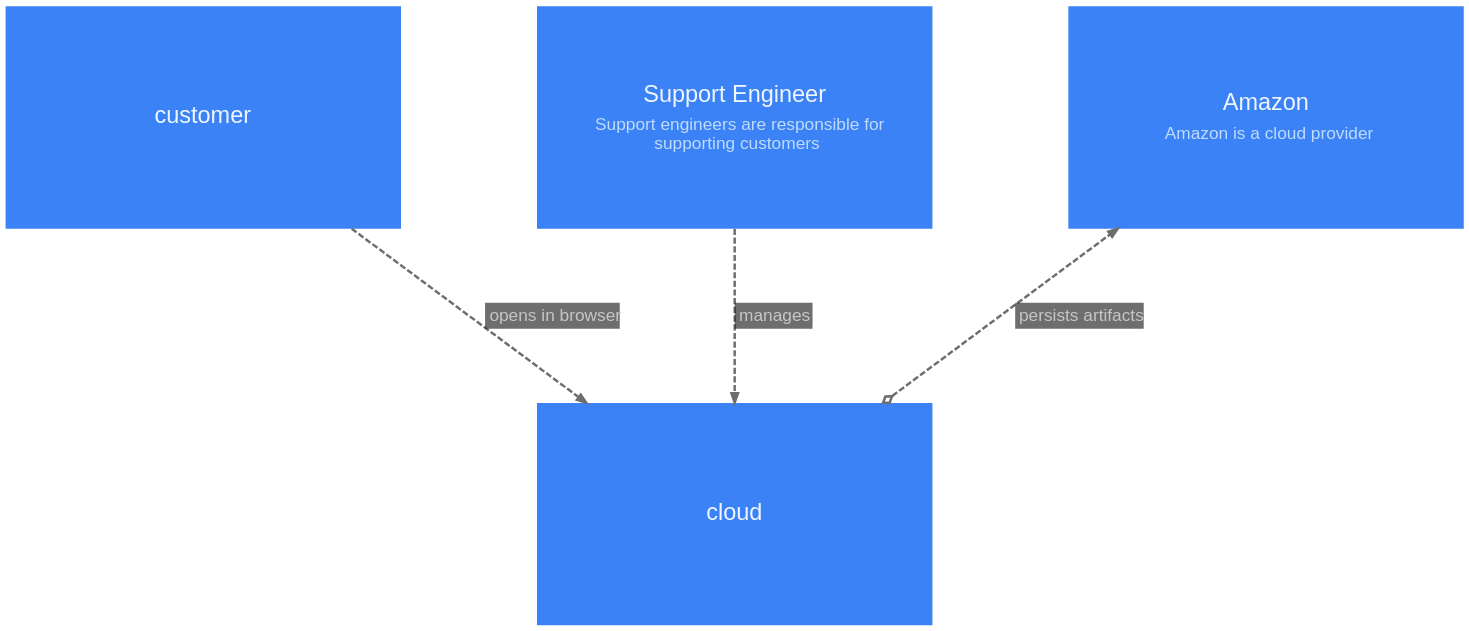
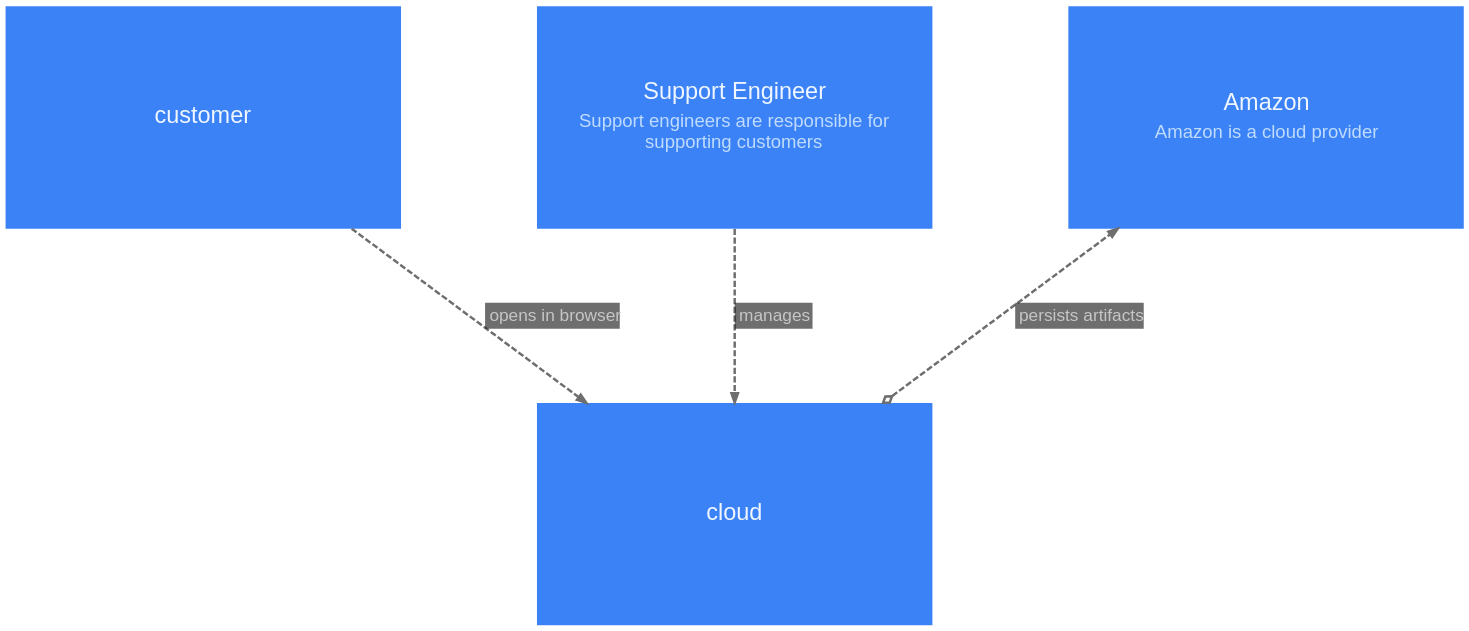
Before and after one commit to likec4/likec4: the diagram in packages/layouts/src/graphviz/__snapshots__/ElementViewPrinter-index.dot, drawn with Graphviz. The commit also changed 43 other files, not shown here.

First line of the commit message:
feat: support for new style properties `padding`, `size`, `textSize`

```diff
--- a/packages/layouts/src/graphviz/__snapshots__/ElementViewPrinter-index.dot
+++ b/packages/layouts/src/graphviz/__snapshots__/ElementViewPrinter-index.dot
@@ -1,81 +1,87 @@
 digraph {
   bgcolor = "transparent";
   layout = "dot";
   compound = true;
   rankdir = "TB";
   TBbalance = "min";
   splines = "spline";
   outputorder = "nodesfirst";
   nodesep = 1.528;
   ranksep = 1.667;
   pad = 0.209;
   fontname = "Arial";
   graph [
     fontsize = 15;
     labeljust = "l";
     labelloc = "t";
     margin = 50.1;
   ];
   edge [
     arrowsize = 0.75;
     fontname = "Arial";
     fontsize = 14;
     penwidth = 2;
     color = "#6E6E6E";
     fontcolor = "#C6C6C6";
   ];
   node [
     fontname = "Arial";
     shape = "rect";
-    width = 4.445;
-    height = 2.5;
     fillcolor = "#3b82f6";
     fontcolor = "#eff6ff";
     color = "#2563eb";
     style = "filled";
     penwidth = 0;
   ];
   "customer" [
     likec4_id = "customer";
     likec4_level = 0;
     label = <<FONT POINT-SIZE="19">customer</FONT>>;
-    margin = "0.362,0.362";
+    margin = "0.334,0.334";
+    width = 4.445;
+    height = 2.5;
   ];
   "support" [
     likec4_id = "support";
     likec4_level = 0;
-    label = <<TABLE BORDER="0" CELLPADDING="0" CELLSPACING="6"><TR><TD><FONT POINT-SIZE="19">Support Engineer</FONT></TD></TR><TR><TD><FONT POINT-SIZE="14" COLOR="#bfdbfe">Support engineers are responsible for<BR/>supporting customers</FONT></TD></TR></TABLE>>;
-    margin = "0.362,0.362";
+    label = <<TABLE BORDER="0" CELLPADDING="0" CELLSPACING="5"><TR><TD><FONT POINT-SIZE="19">Support Engineer</FONT></TD></TR><TR><TD><FONT POINT-SIZE="15" COLOR="#bfdbfe">Support engineers are responsible for<BR/>supporting customers</FONT></TD></TR></TABLE>>;
+    margin = "0.334,0.334";
+    width = 4.445;
+    height = 2.5;
   ];
   "cloud" [
     likec4_id = "cloud";
     likec4_level = 0;
     label = <<FONT POINT-SIZE="19">cloud</FONT>>;
-    margin = "0.362,0.362";
+    margin = "0.334,0.334";
+    width = 4.445;
+    height = 2.5;
   ];
   "amazon" [
     likec4_id = "amazon";
     likec4_level = 0;
-    label = <<TABLE BORDER="0" CELLPADDING="0" CELLSPACING="6"><TR><TD><FONT POINT-SIZE="19">Amazon</FONT></TD></TR><TR><TD><FONT POINT-SIZE="14" COLOR="#bfdbfe">Amazon is a cloud provider</FONT></TD></TR></TABLE>>;
-    margin = "0.362,0.362";
+    label = <<TABLE BORDER="0" CELLPADDING="0" CELLSPACING="5"><TR><TD><FONT POINT-SIZE="19">Amazon</FONT></TD></TR><TR><TD><FONT POINT-SIZE="15" COLOR="#bfdbfe">Amazon is a cloud provider</FONT></TD></TR></TABLE>>;
+    margin = "0.334,0.334";
+    width = 4.445;
+    height = 2.5;
   ];
   "cloud" -> "amazon" [
     likec4_id = "cloud:amazon";
     style = "dashed";
     label = <<TABLE BORDER="0" CELLPADDING="3" CELLSPACING="0" BGCOLOR="#18191bA0"><TR><TD ALIGN="TEXT" BALIGN="LEFT"><FONT POINT-SIZE="14">persists artifacts</FONT></TD></TR></TABLE>>;
     arrowhead = "normal";
     arrowtail = "odiamond";
     dir = "both";
     minlen = 0;
   ];
   "customer" -> "cloud" [
     likec4_id = "customer:cloud";
     style = "dashed";
     label = <<TABLE BORDER="0" CELLPADDING="3" CELLSPACING="0" BGCOLOR="#18191bA0"><TR><TD ALIGN="TEXT" BALIGN="LEFT"><FONT POINT-SIZE="14">opens in browser</FONT></TD></TR></TABLE>>;
   ];
   "support" -> "cloud" [
     likec4_id = "support:cloud";
     style = "dashed";
     label = <<TABLE BORDER="0" CELLPADDING="3" CELLSPACING="0" BGCOLOR="#18191bA0"><TR><TD ALIGN="TEXT" BALIGN="LEFT"><FONT POINT-SIZE="14">manages</FONT></TD></TR></TABLE>>;
   ];
 }
```
